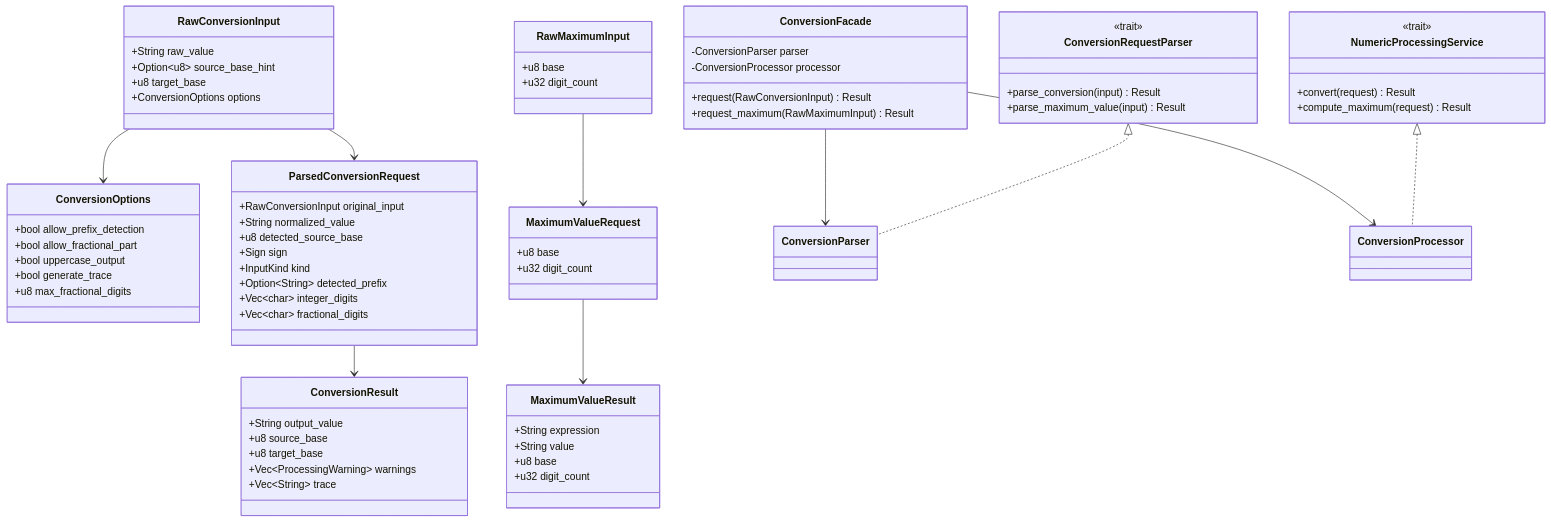
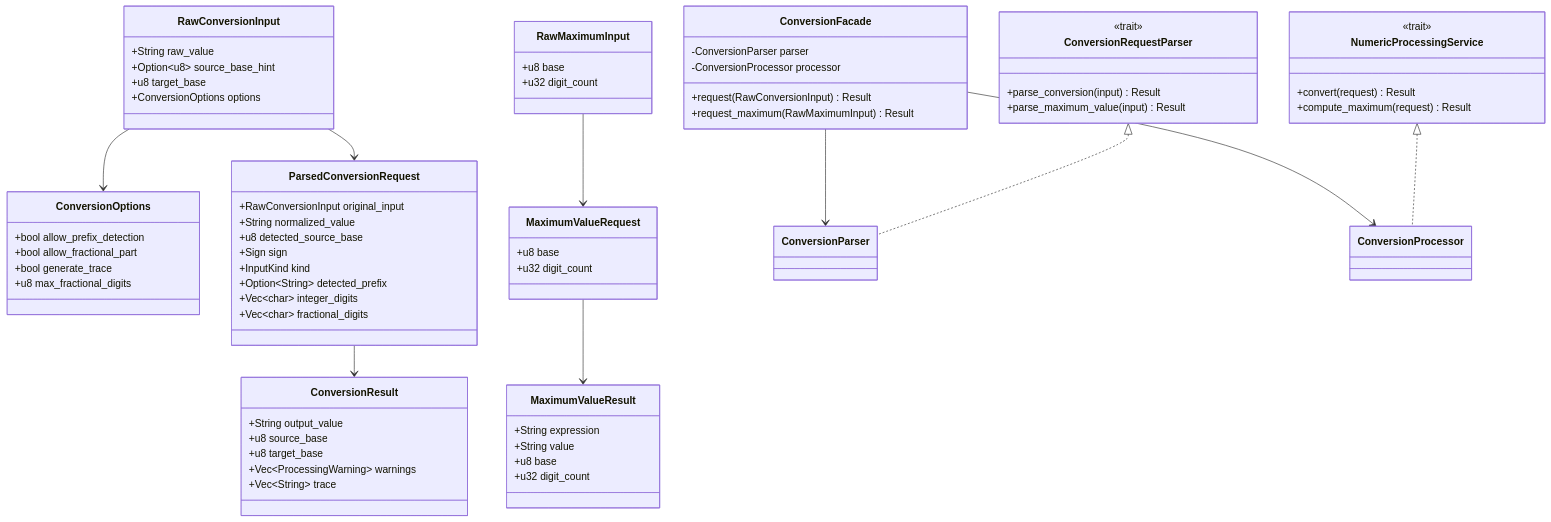
One commit to carlosvts/conversor-sistemas-numeracao changed the second of 5 diagrams in docs/arquitetura.md. Above: the diagram before and after it, drawn with Mermaid. The commit also changed other lines of this file and 1 other file, not shown here.

Commit message:
refactor: Remoção da flag 'uppercase_output'

```diff
--- a/docs/arquitetura.md
+++ b/docs/arquitetura.md
@@ -55,7 +55,6 @@
     class ConversionOptions {
         +bool allow_prefix_detection
         +bool allow_fractional_part
-        +bool uppercase_output
         +bool generate_trace
         +u8 max_fractional_digits
     }
```
